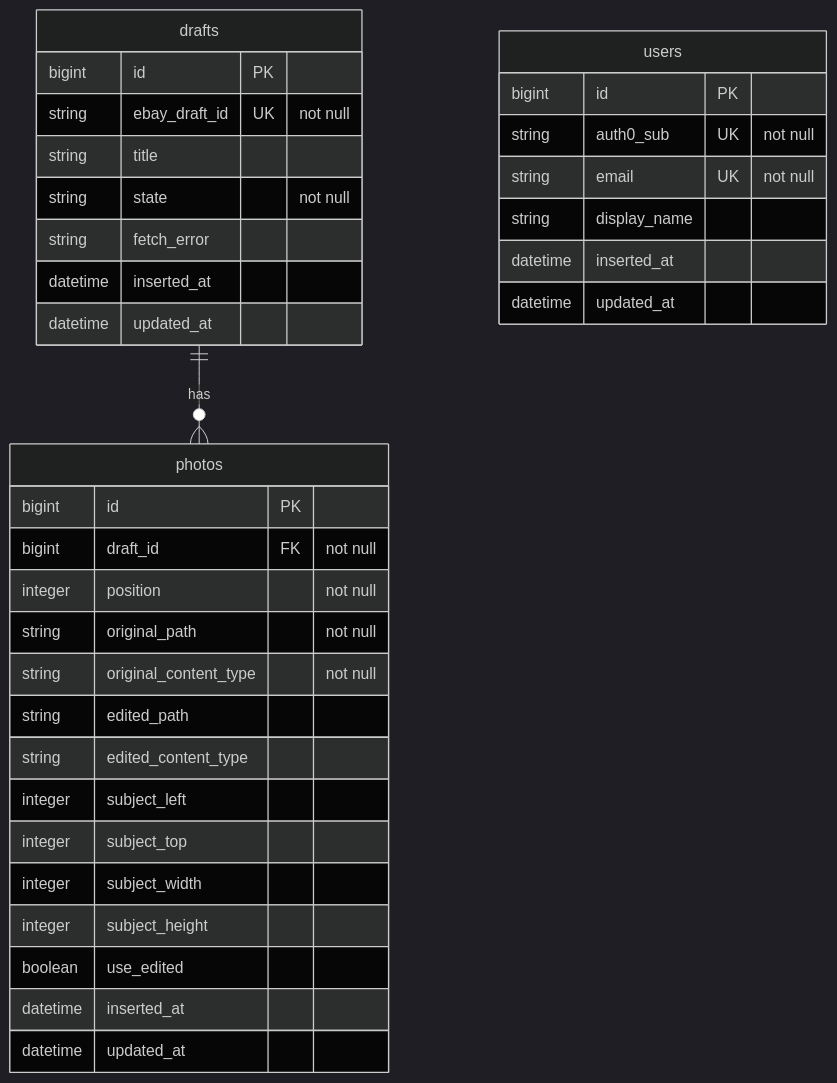
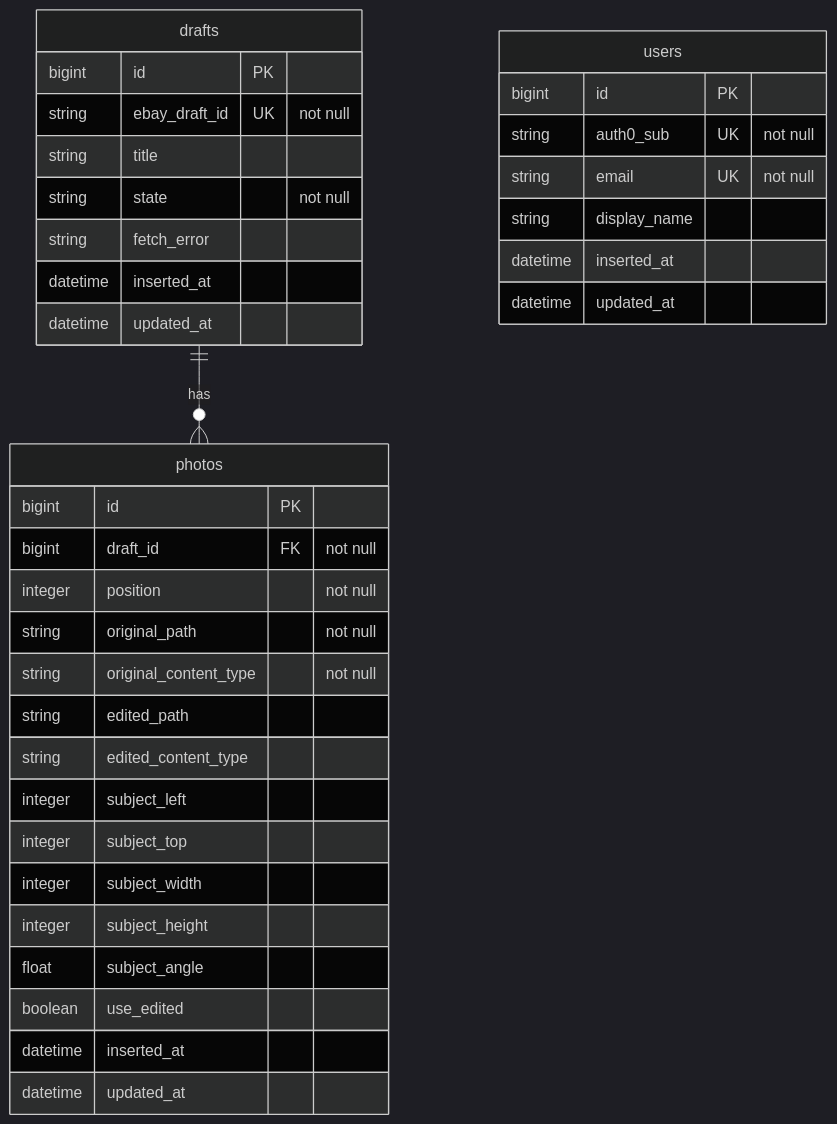
Before and after one commit to dewetblomerus/flipper: the diagram in docs/erd.md, drawn with Mermaid (dark theme). The commit also changed other lines of this file and 12 other files, not shown here.

````diff
--- a/docs/erd.md
+++ b/docs/erd.md
@@ -7,40 +7,41 @@
 ```mermaid
 erDiagram
     drafts ||--o{ photos : has
 
     users {
         bigint id PK
         string auth0_sub UK "not null"
         string email UK "not null"
         string display_name
         datetime inserted_at
         datetime updated_at
     }
 
     drafts {
         bigint id PK
         string ebay_draft_id UK "not null"
         string title
         string state "not null"
         string fetch_error
         datetime inserted_at
         datetime updated_at
     }
 
     photos {
         bigint id PK
         bigint draft_id FK "not null"
         integer position "not null"
         string original_path "not null"
         string original_content_type "not null"
         string edited_path
         string edited_content_type
         integer subject_left
         integer subject_top
         integer subject_width
         integer subject_height
+        float subject_angle
         boolean use_edited
         datetime inserted_at
         datetime updated_at
     }
 ```
````
